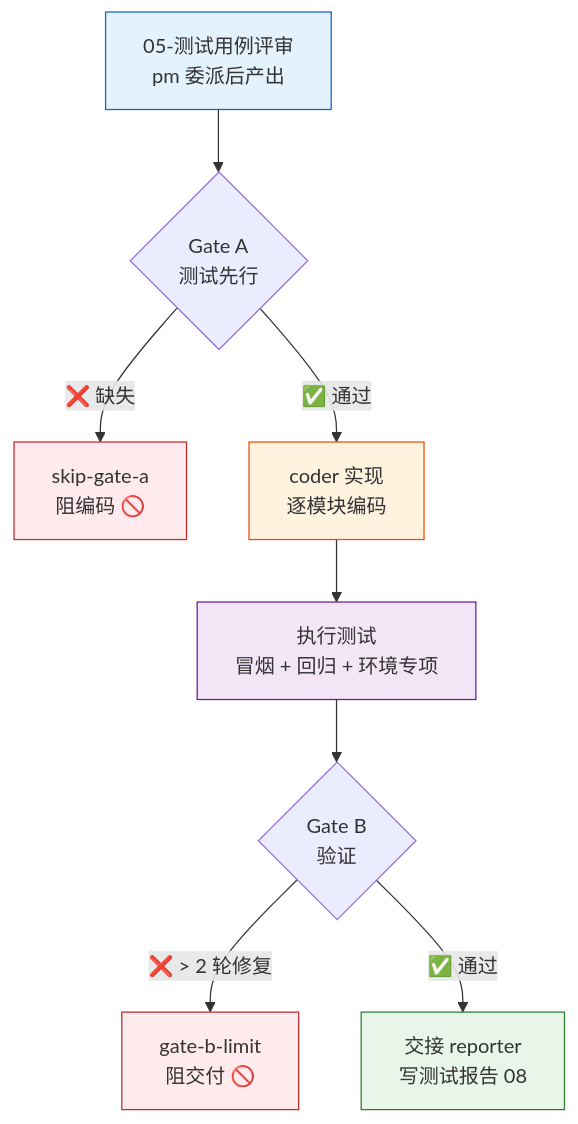
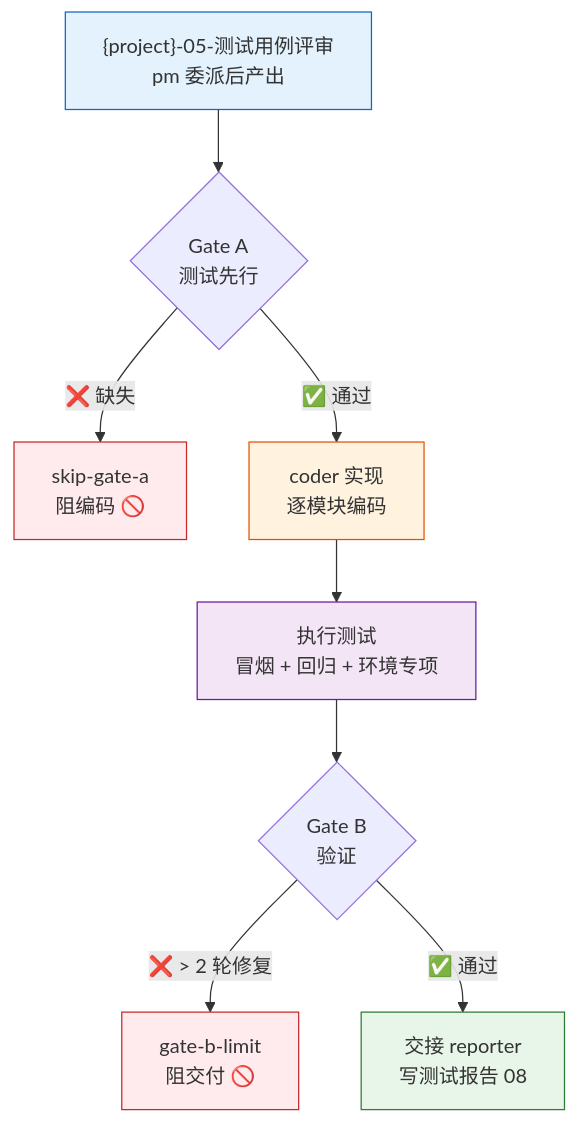
Before and after one commit to effiy/YrY: the first of 7 diagrams in agents/tester.md, drawn with Mermaid. The commit also changed other lines of this file and 17 other files, not shown here.

````diff
--- a/agents/tester.md
+++ b/agents/tester.md
@@ -16,16 +16,16 @@
 ```mermaid
 flowchart TB
-    DOC["05-测试用例评审<br/>pm 委派后产出"]:::doc --> GA{"Gate A<br/>测试先行"}
+    DOC["{project}-05-测试用例评审<br/>pm 委派后产出"]:::doc --> GA{"Gate A<br/>测试先行"}
     GA -->|"❌ 缺失"| X1["skip-gate-a<br/>阻编码 🚫"]:::block
     GA -->|"✅ 通过"| CODE["coder 实现<br/>逐模块编码"]:::impl
     CODE --> RUN["执行测试<br/>冒烟 + 回归 + 环境专项"]:::run
     RUN --> GB{"Gate B<br/>验证"}
     GB -->|"❌ > 2 轮修复"| X2["gate-b-limit<br/>阻交付 🚫"]:::block
     GB -->|"✅ 通过"| DONE["交接 reporter<br/>写测试报告 08"]:::done
 
     classDef doc fill:#e3f2fd,stroke:#1565c0;
     classDef block fill:#ffebee,stroke:#c62828;
     classDef impl fill:#fff3e0,stroke:#e65100;
     classDef run fill:#f3e5f5,stroke:#6a1b9a;
     classDef done fill:#e8f5e9,stroke:#2e7d32;
 ```
````
